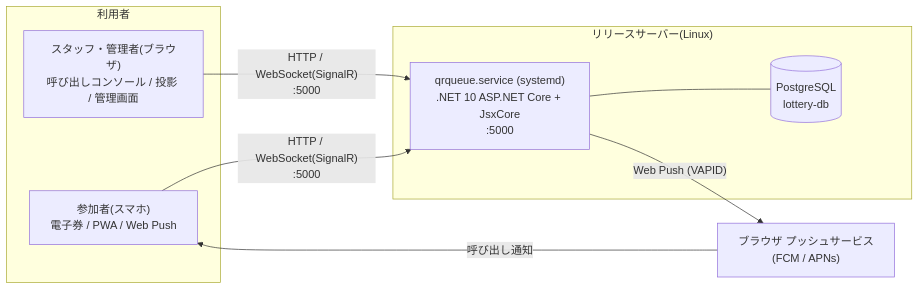
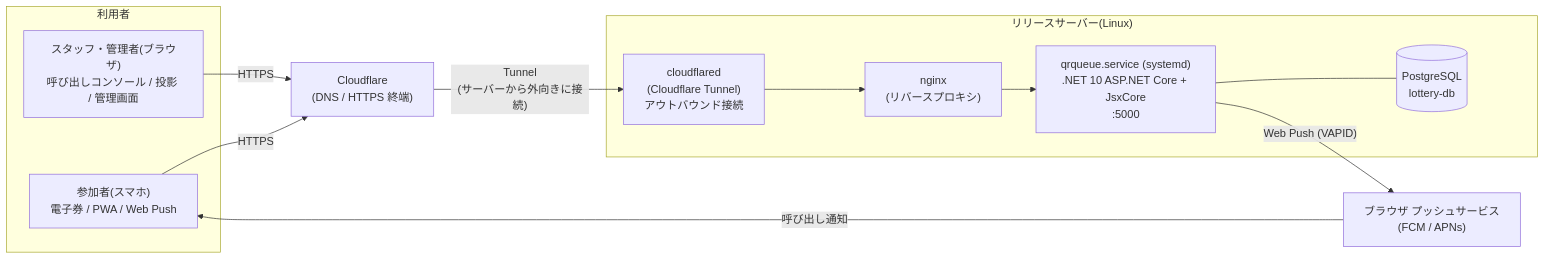
One commit to kindai-micon/QRQueue changed the first of 3 diagrams in docs/infrastructure.md. Above: the diagram before and after it, drawn with Mermaid. The commit also changed other lines of this file and 1 other file, not shown here.

Commit message:
インフラ構成図にnginx(リバースプロキシ)とCloudflare Tunnelを反映
- 利用者 → Cloudflare(HTTPS終端) → cloudflared(アウトバウンドTunnel)
  → nginx → qrqueue.service(:5000) の経路を全体構成図に追加
- SignalR の WebSocket アップグレード中継について注記

````diff
--- a/docs/infrastructure.md
+++ b/docs/infrastructure.md
@@ -10,20 +10,26 @@
 ```mermaid
 flowchart LR
     subgraph users["利用者"]
         P["参加者(スマホ)<br/>電子券 / PWA / Web Push"]
         S["スタッフ・管理者(ブラウザ)<br/>呼び出しコンソール / 投影 / 管理画面"]
     end
 
+    CF["Cloudflare<br/>(DNS / HTTPS 終端)"]
+
     subgraph server["リリースサーバー(Linux)"]
+        CFD["cloudflared<br/>(Cloudflare Tunnel)<br/>アウトバウンド接続"]
+        NGINX["nginx<br/>(リバースプロキシ)"]
         APP["qrqueue.service (systemd)<br/>.NET 10 ASP.NET Core + JsxCore<br/>:5000"]
         DB[("PostgreSQL<br/>lottery-db")]
+        CFD --> NGINX --> APP
         APP --- DB
     end
 
     PUSH["ブラウザ プッシュサービス<br/>(FCM / APNs)"]
 
-    P -- "HTTP / WebSocket(SignalR)<br/>:5000" --> APP
-    S -- "HTTP / WebSocket(SignalR)<br/>:5000" --> APP
+    P -- "HTTPS" --> CF
+    S -- "HTTPS" --> CF
+    CF -- "Tunnel<br/>(サーバーから外向きに接続)" --> CFD
     APP -- "Web Push (VAPID)" --> PUSH
     PUSH -- "呼び出し通知" --> P
 ```
````
